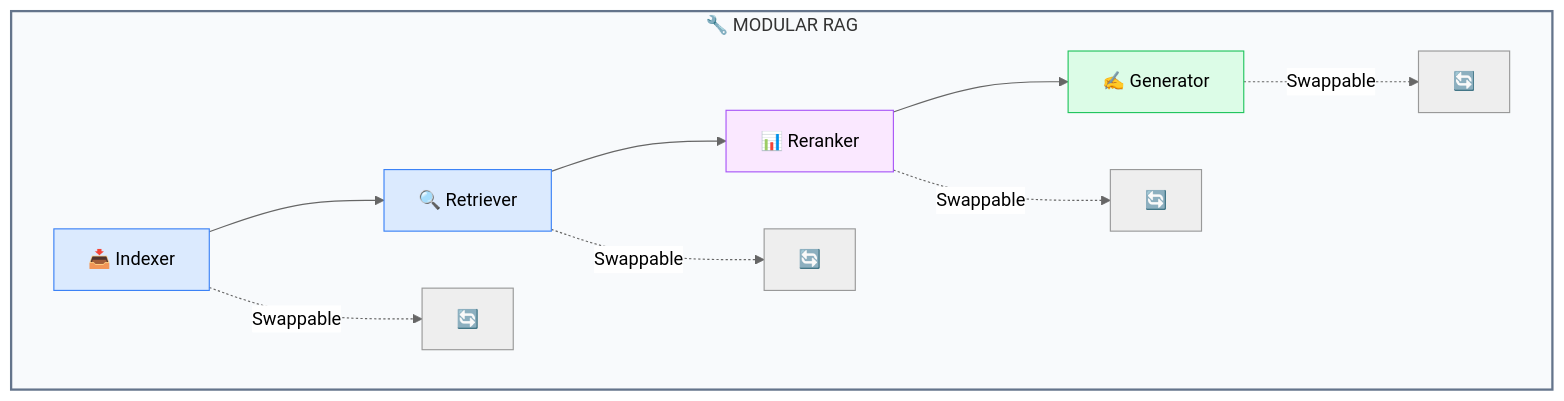
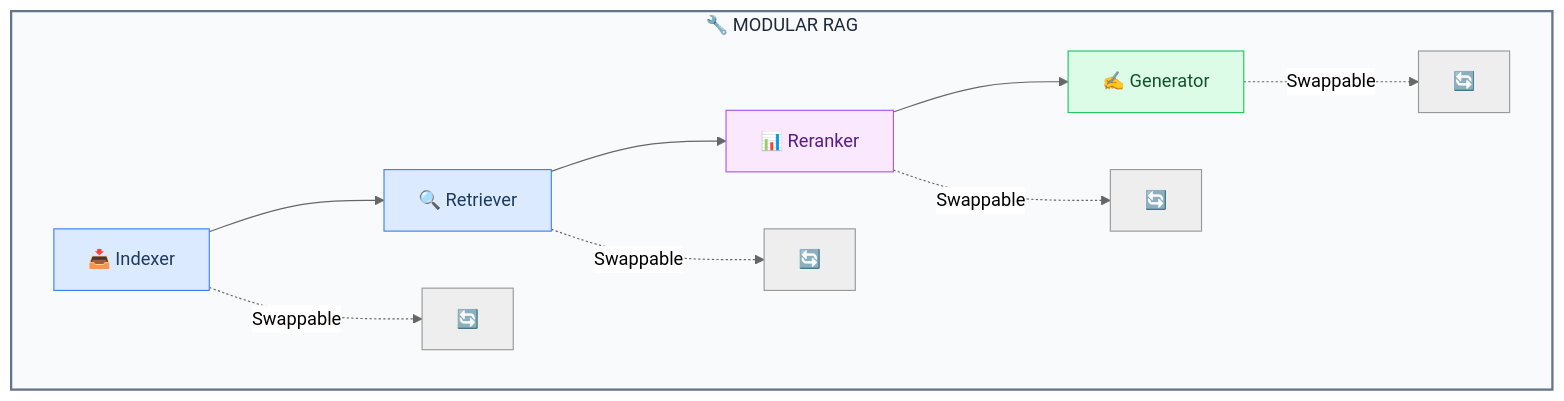
One commit to asq-sheriff/AI-Production-Checklist changed the fifth of 18 diagrams in docs/TECHNOLOGY-SELECTION-GUIDE.md. Above: the diagram before and after it, drawn with Mermaid (neutral theme). The commit also changed other lines of this file and 8 other files, not shown here.

First line of the commit message:
Fix text contrast in all Mermaid diagrams

````diff
--- a/docs/TECHNOLOGY-SELECTION-GUIDE.md
+++ b/docs/TECHNOLOGY-SELECTION-GUIDE.md
@@ -192,20 +192,20 @@
 ```mermaid
 flowchart TB
     subgraph ModularRAG[🔧 MODULAR RAG]
         direction LR
         Indexer[📥 Indexer] --> Retriever[🔍 Retriever]
         Retriever --> Reranker[📊 Reranker]
         Reranker --> Generator[✍️ Generator]
 
         Indexer -.-> |Swappable| I2[🔄]
         Retriever -.-> |Swappable| R2[🔄]
         Reranker -.-> |Swappable| RR2[🔄]
         Generator -.-> |Swappable| G2[🔄]
     end
 
-    style ModularRAG fill:#f8fafc,stroke:#64748b,stroke-width:2px
-    style Indexer fill:#dbeafe,stroke:#3b82f6
-    style Retriever fill:#dbeafe,stroke:#3b82f6
-    style Reranker fill:#fae8ff,stroke:#a855f7
-    style Generator fill:#dcfce7,stroke:#22c55e
+    style ModularRAG fill:#f8fafc,stroke:#64748b,stroke-width:2px,color:#1e293b
+    style Indexer fill:#dbeafe,stroke:#3b82f6,color:#1e3a5f
+    style Retriever fill:#dbeafe,stroke:#3b82f6,color:#1e3a5f
+    style Reranker fill:#fae8ff,stroke:#a855f7,color:#581c87
+    style Generator fill:#dcfce7,stroke:#22c55e,color:#14532d
 ```
````
